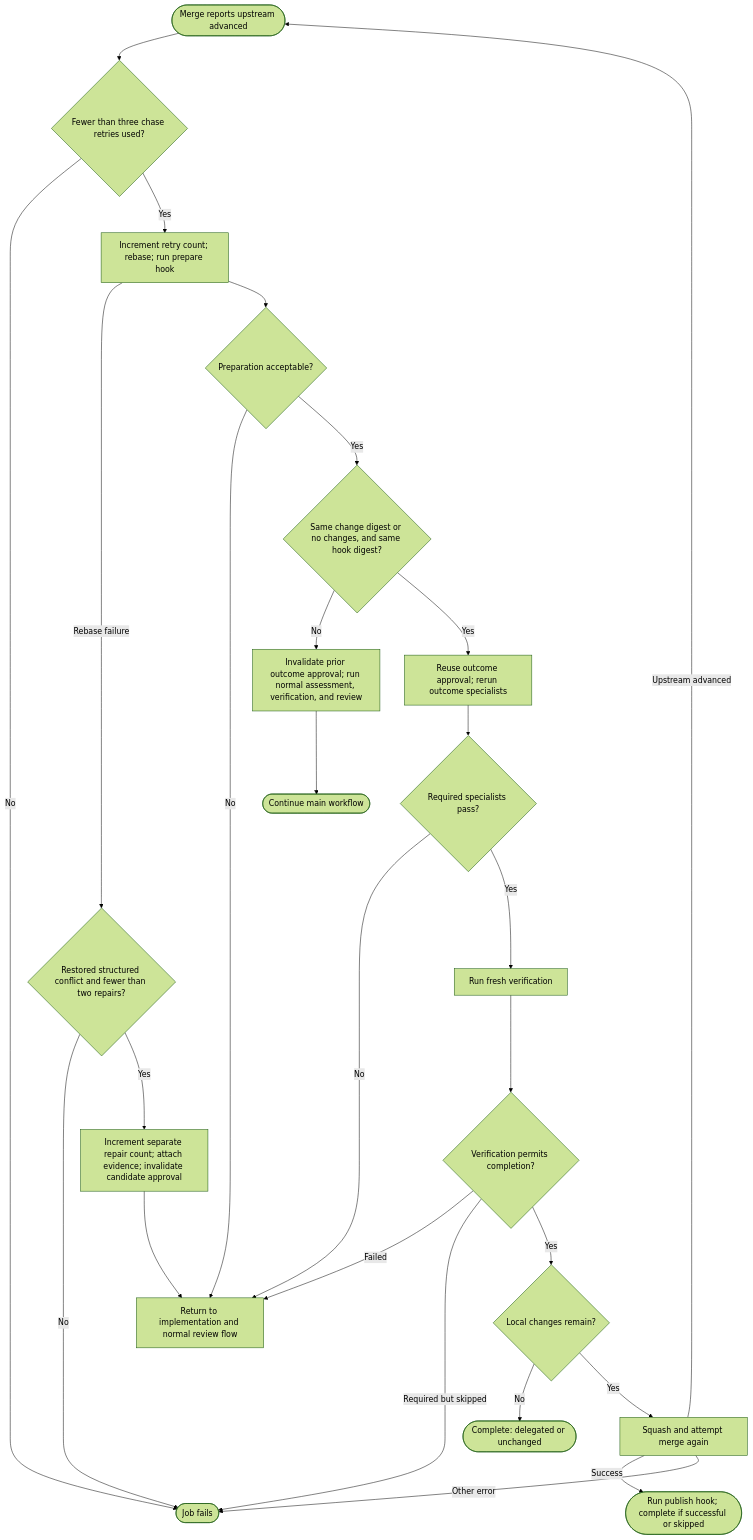
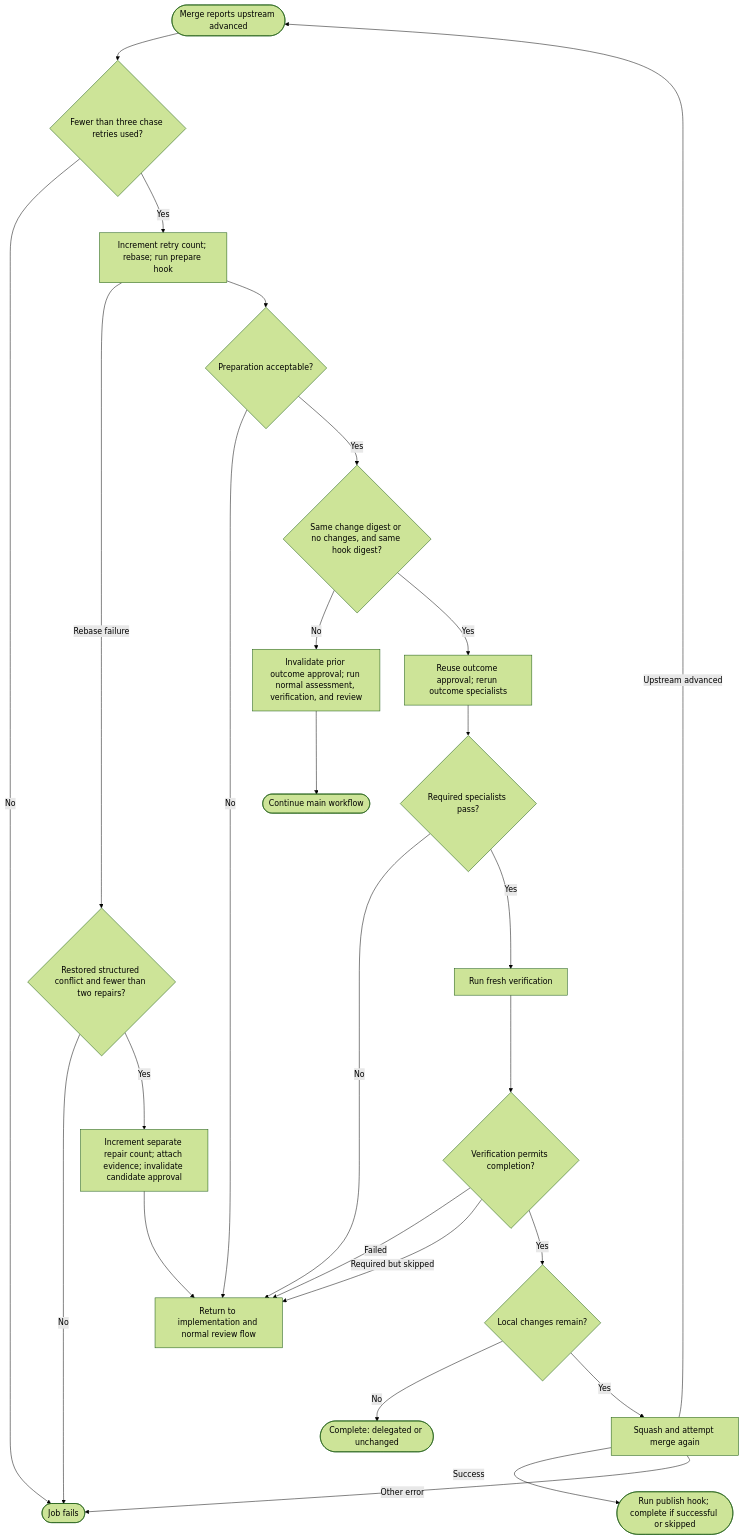
One commit to colony-2/recipes changed the third of 3 diagrams in BUILD_PROCESS.md. Above: the diagram before and after it, drawn with Mermaid (forest theme). The commit also changed other lines of this file and 10 other files, not shown here.

````diff
--- a/BUILD_PROCESS.md
+++ b/BUILD_PROCESS.md
@@ -168,28 +170,28 @@
 ```mermaid
 flowchart TD
     Advanced([Merge reports upstream advanced]) --> Budget{Fewer than three chase retries used?}
     Budget -->|No| Fail([Job fails])
     Budget -->|Yes| Rebase[Increment retry count; rebase; run prepare hook]
     Rebase -->|Rebase failure| Recoverable{Restored structured conflict and fewer than two repairs?}
     Recoverable -->|No| Fail
     Recoverable -->|Yes| ConflictRepair[Increment separate repair count; attach evidence; invalidate candidate approval]
     ConflictRepair --> Repair
     Rebase --> Prepared{Preparation acceptable?}
     Prepared -->|No| Repair[Return to implementation and normal review flow]
     Prepared -->|Yes| Reusable{Same change digest or no changes, and same hook digest?}
     Reusable -->|No| Fresh[Invalidate prior outcome approval; run normal assessment, verification, and review]
     Fresh --> Normal([Continue main workflow])
     Reusable -->|Yes| Specialists[Reuse outcome approval; rerun outcome specialists]
     Specialists --> SpecialistOK{Required specialists pass?}
     SpecialistOK -->|No| Repair
     SpecialistOK -->|Yes| Verify[Run fresh verification]
     Verify --> Verified{Verification permits completion?}
     Verified -->|Failed| Repair
-    Verified -->|Required but skipped| Fail
+    Verified -->|Required but skipped| Repair
     Verified -->|Yes| Changed{Local changes remain?}
     Changed -->|No| Done([Complete: delegated or unchanged])
     Changed -->|Yes| Merge[Squash and attempt merge again]
     Merge -->|Upstream advanced| Advanced
     Merge -->|Success| Publish([Run publish hook; complete if successful or skipped])
     Merge -->|Other error| Fail
 ```
````
